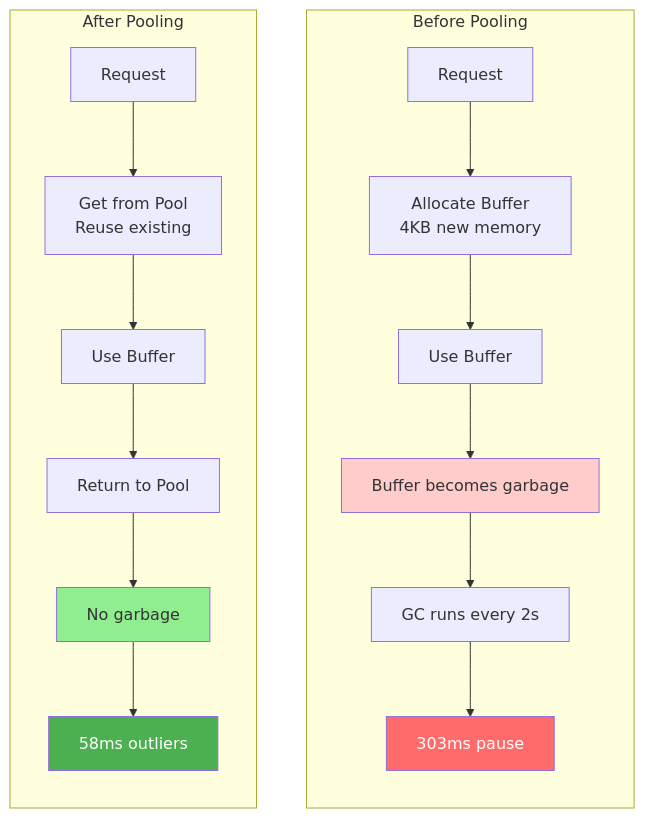
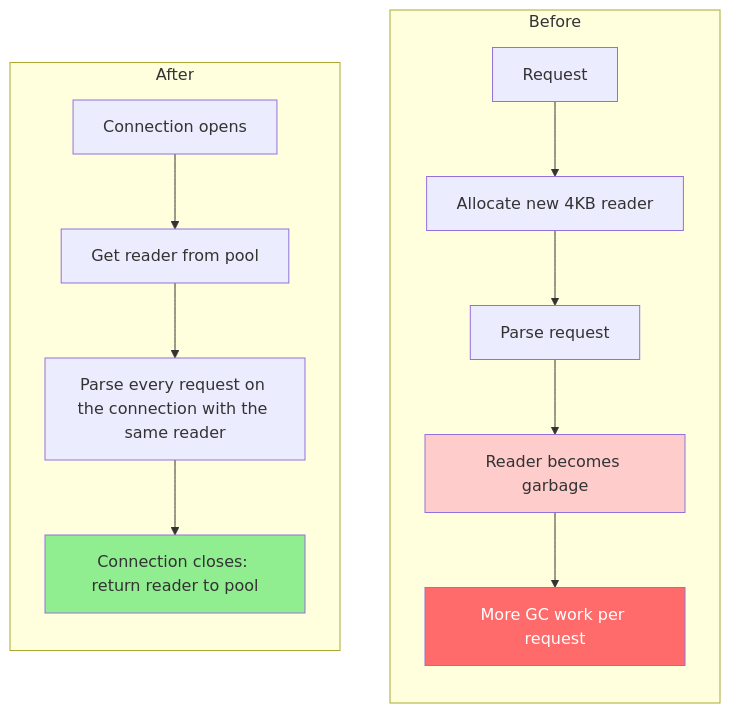
Before and after one commit to Douty/HTTP_SERVER: the second of 2 diagrams in README.md, drawn with Mermaid. The commit also changed other lines of this file, not shown here.

````diff
--- a/README.md
+++ b/README.md
@@ -142,25 +146,21 @@
 ```mermaid
 flowchart 
-    subgraph Before["Before Pooling"]
+    subgraph Before["Before"]
         direction TB
-        A1[Request] --> B1[Allocate Buffer<br/>4KB new memory]
-        B1 --> C1[Use Buffer]
-        C1 --> D1[Buffer becomes garbage]
-        D1 --> E1[GC runs every 2s]
-        E1 --> F1[303ms pause]
+        A1[Request] --> B1[Allocate new 4KB reader]
+        B1 --> C1[Parse request]
+        C1 --> D1[Reader becomes garbage]
+        D1 --> E1[More GC work per request]
     end
     
-    subgraph After["After Pooling"]
+    subgraph After["After"]
         direction TB
-        A2[Request] --> B2[Get from Pool<br/>Reuse existing]
-        B2 --> C2[Use Buffer]
-        C2 --> D2[Return to Pool]
-        D2 --> E2[No garbage]
-        E2 --> F2[58ms outliers]
+        A2[Connection opens] --> B2[Get reader from pool]
+        B2 --> C2[Parse every request on the connection with the same reader]
+        C2 --> D2[Connection closes: return reader to pool]
     end
     
     style D1 fill:#ffcccc
-    style F1 fill:#ff6b6b,color:#fff
-    style E2 fill:#90EE90
-    style F2 fill:#4CAF50,color:#fff
+    style E1 fill:#ff6b6b,color:#fff
+    style D2 fill:#90EE90
 ```
````
